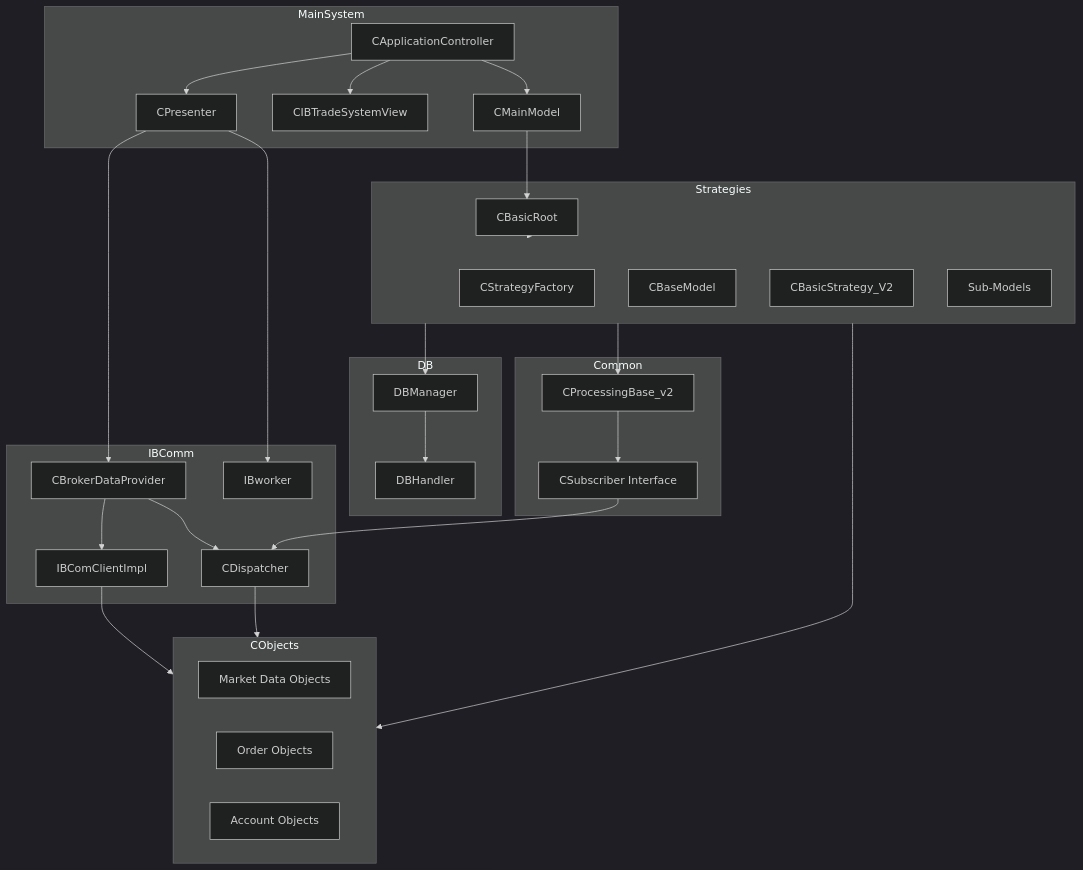
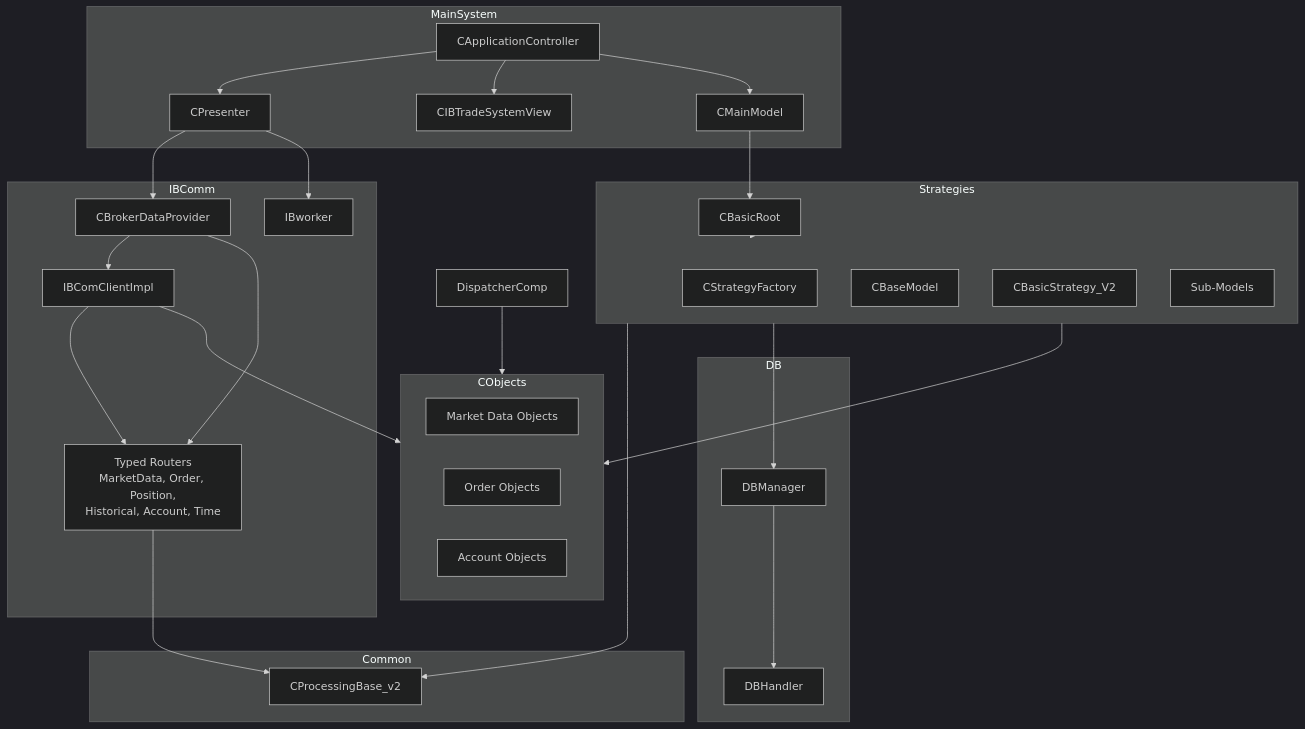
Before and after one commit to CloseToAlgoTrading/IbTradeQtDev: the second of 23 diagrams in IbTradeQt/ARCHITECTURE.md, drawn with Mermaid (dark theme). The commit also changed other lines of this file and 33 other files, not shown here.

````diff
--- a/IbTradeQt/ARCHITECTURE.md
+++ b/IbTradeQt/ARCHITECTURE.md
@@ -131,63 +131,62 @@
 ```mermaid
 graph TB
     subgraph MainSystem
         AppController[CApplicationController]
         Presenter[CPresenter]
         MainView[CIBTradeSystemView]
         MainModel[CMainModel]
     end
     
     subgraph IBComm
         BrokerProvider[CBrokerDataProvider]
         IBClientImpl[IBComClientImpl]
-        DispatcherComp[CDispatcher]
         IBWorkerComp[IBworker]
+        Routers[Typed Routers<br/>MarketData, Order, Position,<br/>Historical, Account, Time]
     end
     
     subgraph Strategies
         StrategyFactory[CStrategyFactory]
         BaseModel[CBaseModel]
         BasicRoot[CBasicRoot]
         BasicStrategy[CBasicStrategy_V2]
         SubModels[Sub-Models]
     end
     
     subgraph DB
         DBMgr[DBManager]
         DBHndlr[DBHandler]
     end
     
     subgraph CObjects
         MarketData[Market Data Objects]
         OrderObjects[Order Objects]
         AccountData[Account Objects]
     end
     
     subgraph Common
         ProcessingBase[CProcessingBase_v2]
-        Subscriber[CSubscriber Interface]
     end
     
     AppController --> Presenter
     AppController --> MainView
     AppController --> MainModel
     Presenter --> BrokerProvider
     Presenter --> IBWorkerComp
     
     MainModel --> BasicRoot
     BasicRoot --> Strategies
     
     BrokerProvider --> IBClientImpl
-    BrokerProvider --> DispatcherComp
+    BrokerProvider --> Routers
     
     Strategies --> ProcessingBase
-    ProcessingBase --> Subscriber
-    Subscriber --> DispatcherComp
+    IBClientImpl --> Routers
+    Routers --> ProcessingBase
     
     Strategies --> DBMgr
     DBMgr --> DBHndlr
     
     IBClientImpl --> CObjects
     DispatcherComp --> CObjects
     Strategies --> CObjects
 ```
````
